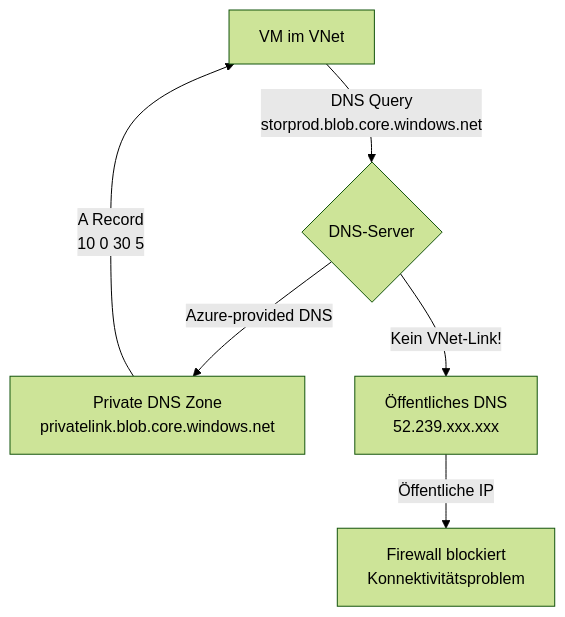
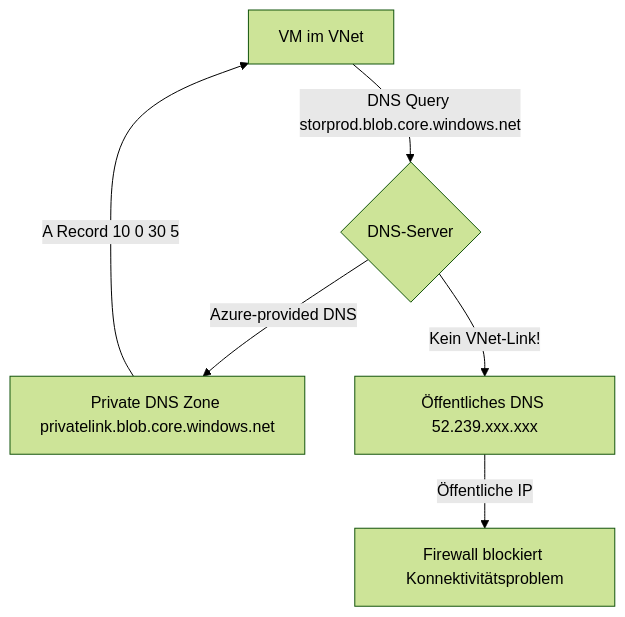
The second of 6 diagrams in Microsoft 365/Azure/Netzwerk/Azure Private Link.md (SoniiiT/notes-n-docs), drawn with Mermaid (forest theme) before and after one commit. The commit also changed other lines of this file and 124 other files, not shown here.

First line of the commit message:
fix: Entferne \n aus allen Mermaid-Diagrammen (125 Dateien)

````diff
--- a/Microsoft 365/Azure/Netzwerk/Azure Private Link.md
+++ b/Microsoft 365/Azure/Netzwerk/Azure Private Link.md
@@ -116,8 +116,8 @@
 ```mermaid
 graph TD
-    VM[VM im VNet] -->|DNS Query\nstorprod.blob.core.windows.net| DNS_SERVER{DNS-Server}
-    DNS_SERVER -->|Azure-provided DNS| PVT_DNS[Private DNS Zone\nprivatelink.blob.core.windows.net]
-    PVT_DNS -->|A Record\n10 0 30 5| VM
-    DNS_SERVER -->|Kein VNet-Link!| PUB_DNS[Öffentliches DNS\n52.239.xxx.xxx]
-    PUB_DNS -->|Öffentliche IP| FIREWALL[Firewall blockiert\nKonnektivitätsproblem]
+    VM[VM im VNet] -->|DNS Query storprod.blob.core.windows.net| DNS_SERVER{DNS-Server}
+    DNS_SERVER -->|Azure-provided DNS| PVT_DNS[Private DNS Zone privatelink.blob.core.windows.net]
+    PVT_DNS -->|A Record 10 0 30 5| VM
+    DNS_SERVER -->|Kein VNet-Link!| PUB_DNS[Öffentliches DNS 52.239.xxx.xxx]
+    PUB_DNS -->|Öffentliche IP| FIREWALL[Firewall blockiert Konnektivitätsproblem]
 ```
````
